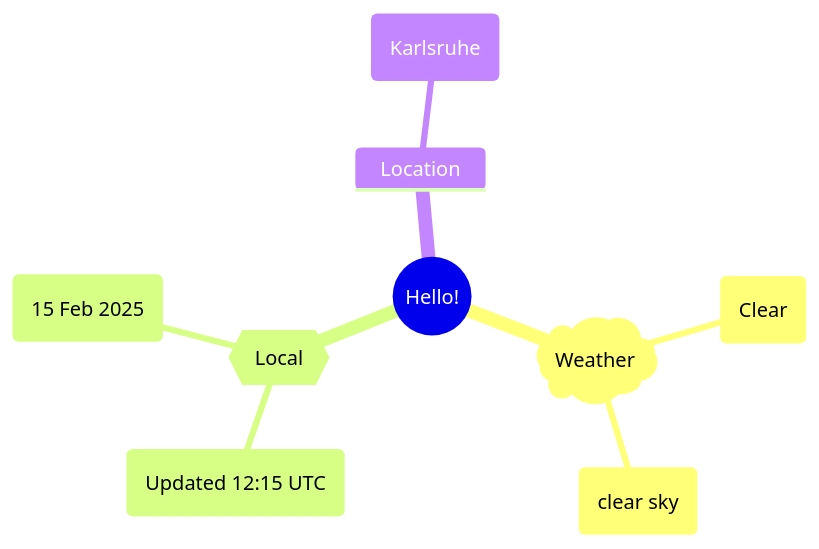
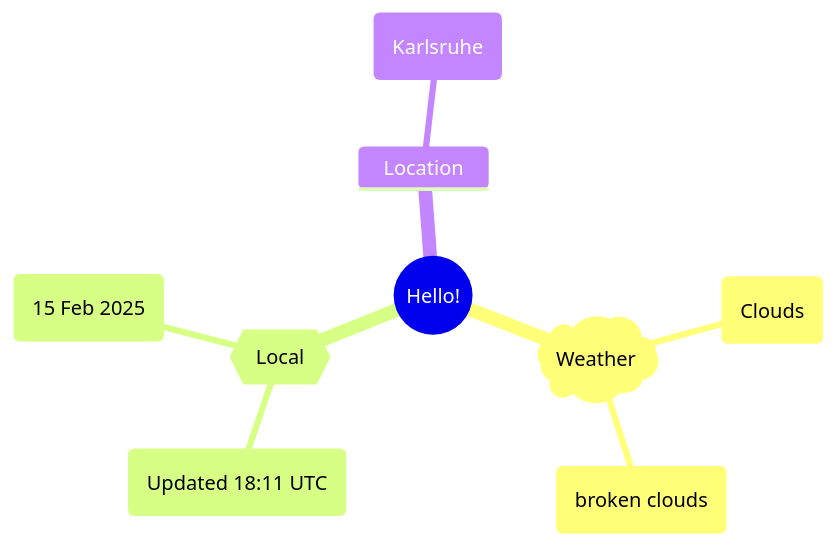
The first of 2 diagrams in README.md (Xosrov/Xosrov), drawn with Mermaid before and after one commit.

Commit message:
[bot] updated images

````diff
--- a/README.md
+++ b/README.md
@@ -3,12 +3,12 @@
 ```mermaid
 mindmap
   root((Hello!))
     )Weather(
-        (Clear)
-        (clear sky)
+        (Clouds)
+        (broken clouds)
     {{Local}}
-        (Updated 12:15 UTC)
+        (Updated 18:11 UTC)
         (15 Feb 2025)
     Location
         (Karlsruhe)
 ```
````
